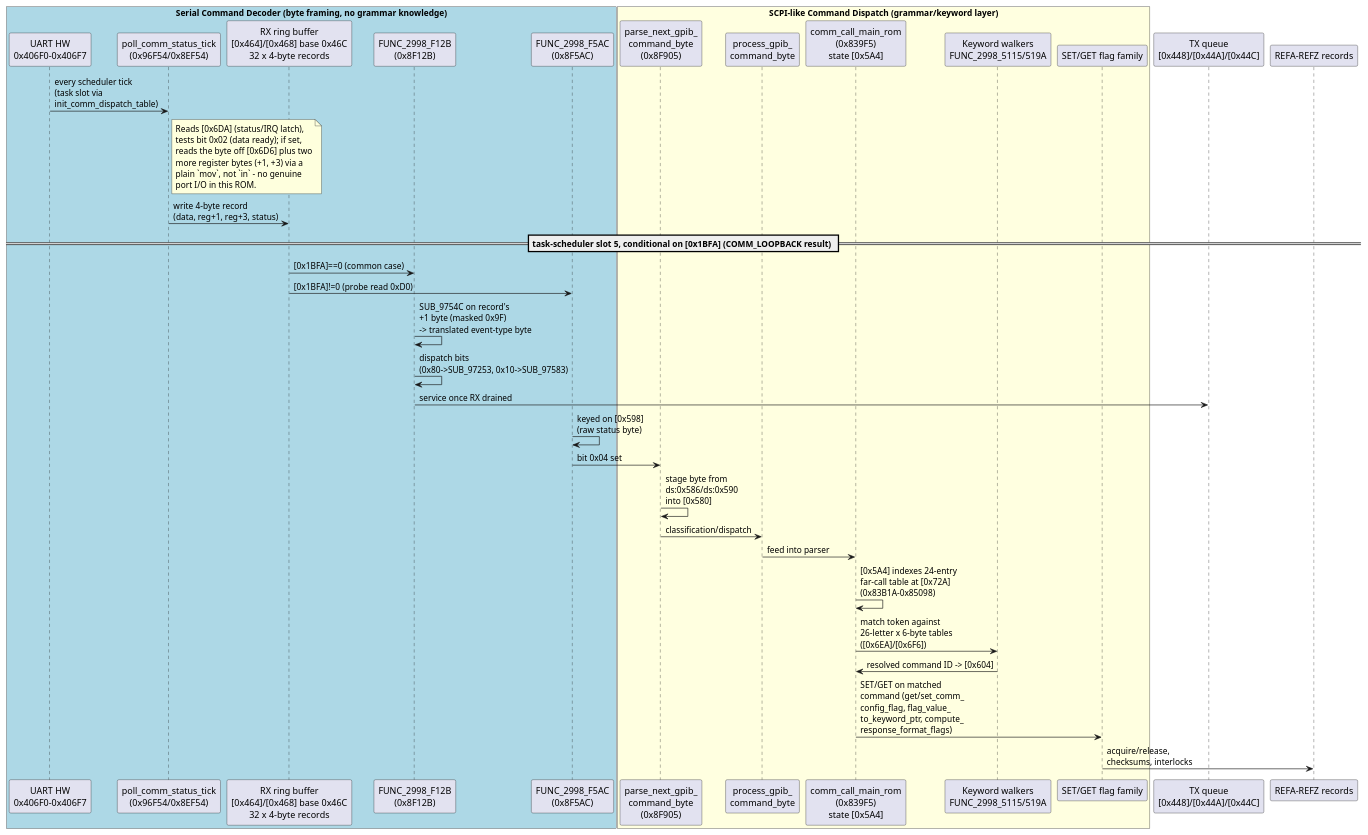
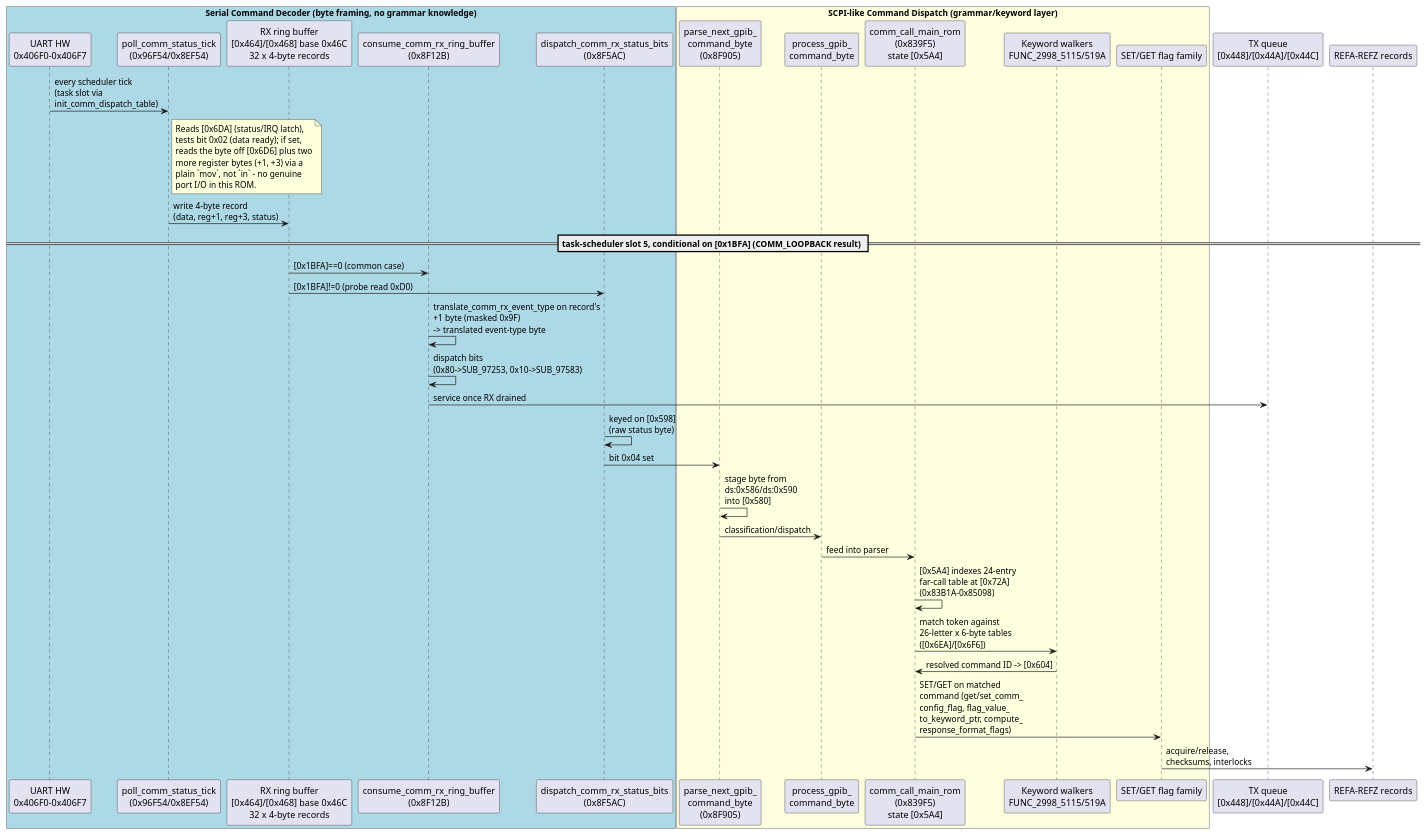
Before and after one commit to Mwwhited-BookLearning/tektronix-2230: the second of 6 diagrams in docs/architecture/subsystem-object-model.md, drawn with PlantUML. The commit also changed other lines of this file and 11 other files, not shown here.

First line of the commit message:
Name consume_comm_rx_ring_buffer/dispatch_comm_rx_status_bits/translate_comm_rx_event_type; finally apply poll_comm_status_tick's rename

````diff
--- a/docs/architecture/subsystem-object-model.md
+++ b/docs/architecture/subsystem-object-model.md
@@ -161,51 +161,51 @@
 ```plantuml
 @startuml
 box "Serial Command Decoder (byte framing, no grammar knowledge)" #LightBlue
 participant "UART HW\n0x406F0-0x406F7" as UART
 participant "poll_comm_status_tick\n(0x96F54/0x8EF54)" as Poll
 participant "RX ring buffer\n[0x464]/[0x468] base 0x46C\n32 x 4-byte records" as RX
-participant "FUNC_2998_F12B\n(0x8F12B)" as F12B
-participant "FUNC_2998_F5AC\n(0x8F5AC)" as F5AC
+participant "consume_comm_rx_ring_buffer\n(0x8F12B)" as F12B
+participant "dispatch_comm_rx_status_bits\n(0x8F5AC)" as F5AC
 end box
 
 box "SCPI-like Command Dispatch (grammar/keyword layer)" #LightYellow
 participant "parse_next_gpib_\ncommand_byte\n(0x8F905)" as Parse
 participant "process_gpib_\ncommand_byte" as Proc
 participant "comm_call_main_rom\n(0x839F5)\nstate [0x5A4]" as Lexer
 participant "Keyword walkers\nFUNC_2998_5115/519A" as KW
 participant "SET/GET flag family" as Flags
 end box
 
 UART -> Poll : every scheduler tick\n(task slot via\ninit_comm_dispatch_table)
 note right of Poll
   Reads [0x6DA] (status/IRQ latch),
   tests bit 0x02 (data ready); if set,
   reads the byte off [0x6D6] plus two
   more register bytes (+1, +3) via a
   plain `mov`, not `in` - no genuine
   port I/O in this ROM.
 end note
 Poll -> RX : write 4-byte record\n(data, reg+1, reg+3, status)
 
 == task-scheduler slot 5, conditional on [0x1BFA] (COMM_LOOPBACK result) ==
 RX -> F12B : [0x1BFA]==0 (common case)
 RX -> F5AC : [0x1BFA]!=0 (probe read 0xD0)
 
-F12B -> F12B : SUB_9754C on record's\n+1 byte (masked 0x9F)\n-> translated event-type byte
+F12B -> F12B : translate_comm_rx_event_type on record's\n+1 byte (masked 0x9F)\n-> translated event-type byte
 F12B -> F12B : dispatch bits\n(0x80->SUB_97253, 0x10->SUB_97583)
 F12B -> "TX queue\n[0x448]/[0x44A]/[0x44C]" : service once RX drained
 
 F5AC -> F5AC : keyed on [0x598]\n(raw status byte)
 F5AC -> Parse : bit 0x04 set
 
 Parse -> Parse : stage byte from\nds:0x586/ds:0x590\ninto [0x580]
 Parse -> Proc : classification/dispatch
 Proc -> Lexer : feed into parser
 
 Lexer -> Lexer : [0x5A4] indexes 24-entry\nfar-call table at [0x72A]\n(0x83B1A-0x85098)
 Lexer -> KW : match token against\n26-letter x 6-byte tables\n([0x6EA]/[0x6F6])
 KW -> Lexer : resolved command ID -> [0x604]
 Lexer -> Flags : SET/GET on matched\ncommand (get/set_comm_\nconfig_flag, flag_value_\nto_keyword_ptr, compute_\nresponse_format_flags)
 Flags -> "REFA-REFZ records" : acquire/release,\nchecksums, interlocks
 @enduml
 ```
````
